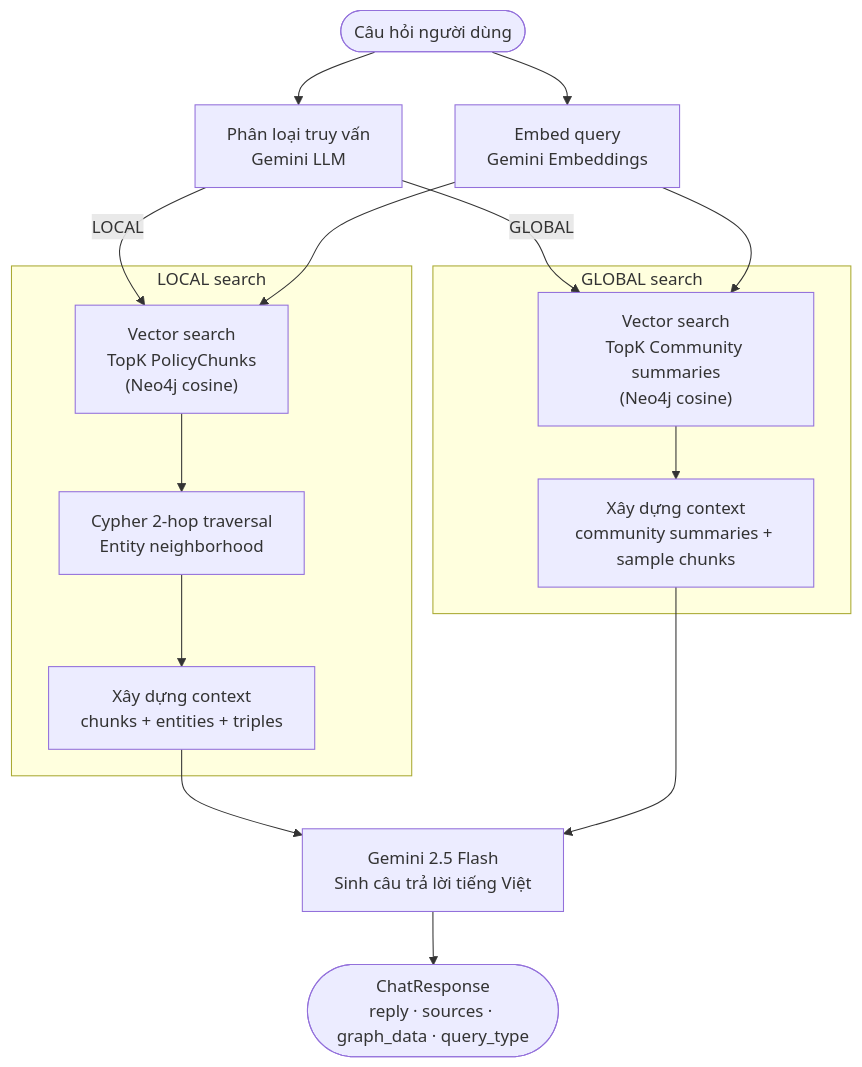
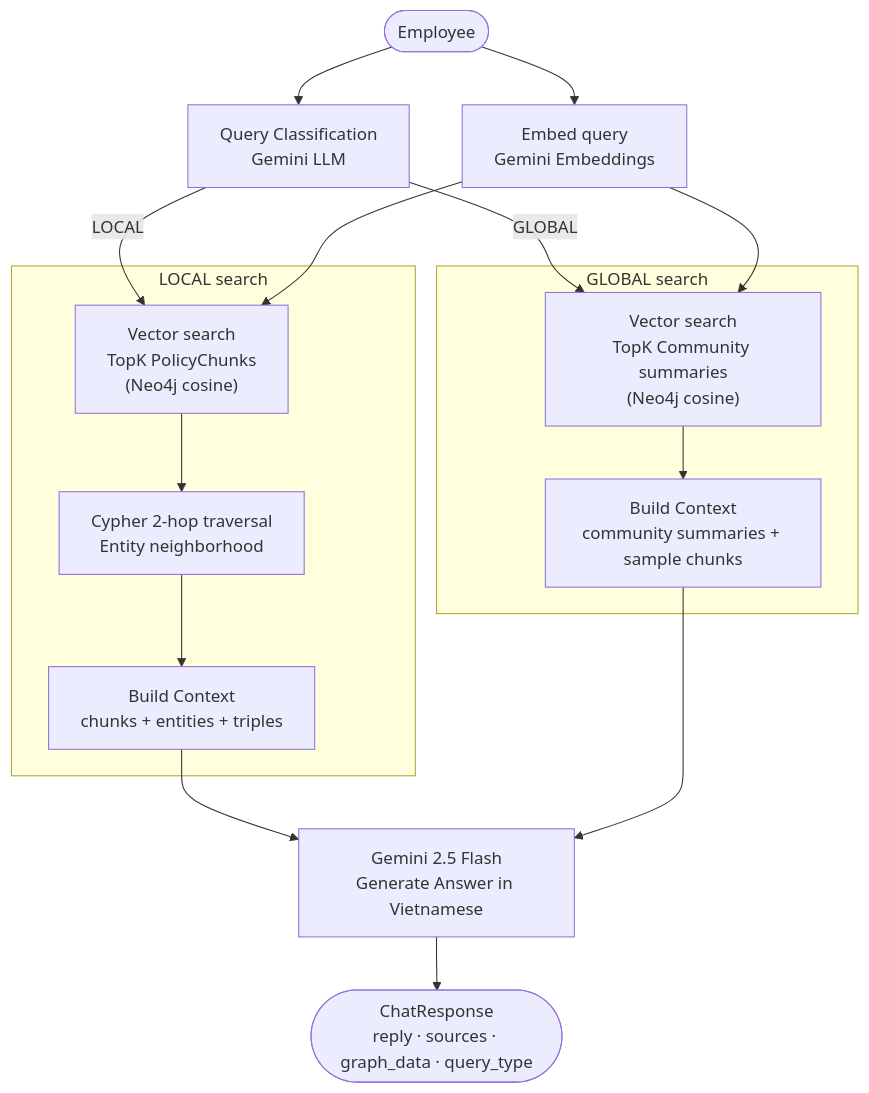
One commit to nguyenduy-math/agentichouse changed the third of 3 diagrams in rag-projects/graphrag-assistant/README.md. Above: the diagram before and after it, drawn with Mermaid. The commit also changed other lines of this file and 3 other files, not shown here.

````diff
--- a/rag-projects/graphrag-assistant/README.md
+++ b/rag-projects/graphrag-assistant/README.md
@@ -98,28 +98,28 @@
 ```mermaid
 flowchart TD
-    Q(["Câu hỏi người dùng"])
-    Classify["Phân loại truy vấn\nGemini LLM"]
+    Q(["Employee"])
+    Classify["Query Classification\nGemini LLM"]
     Embed["Embed query\nGemini Embeddings"]
 
     subgraph LOCAL["LOCAL search"]
         VecChunk["Vector search\nTopK PolicyChunks\n(Neo4j cosine)"]
         Cypher["Cypher 2-hop traversal\nEntity neighborhood"]
-        LocalCtx["Xây dựng context\nchunks + entities + triples"]
+        LocalCtx["Build Context\nchunks + entities + triples"]
     end
 
     subgraph GLOBAL["GLOBAL search"]
         VecComm["Vector search\nTopK Community summaries\n(Neo4j cosine)"]
-        GlobalCtx["Xây dựng context\ncommunity summaries + sample chunks"]
+        GlobalCtx["Build Context\ncommunity summaries + sample chunks"]
     end
 
-    Generate["Gemini 2.5 Flash\nSinh câu trả lời tiếng Việt"]
+    Generate["Gemini 2.5 Flash\nGenerate Answer in Vietnamese"]
     Response(["ChatResponse\nreply · sources · graph_data · query_type"])
 
     Q --> Classify & Embed
     Classify -- "LOCAL" --> VecChunk
     Classify -- "GLOBAL" --> VecComm
     Embed --> VecChunk & VecComm
     VecChunk --> Cypher --> LocalCtx --> Generate
     VecComm --> GlobalCtx --> Generate
     Generate --> Response
 ```
````
